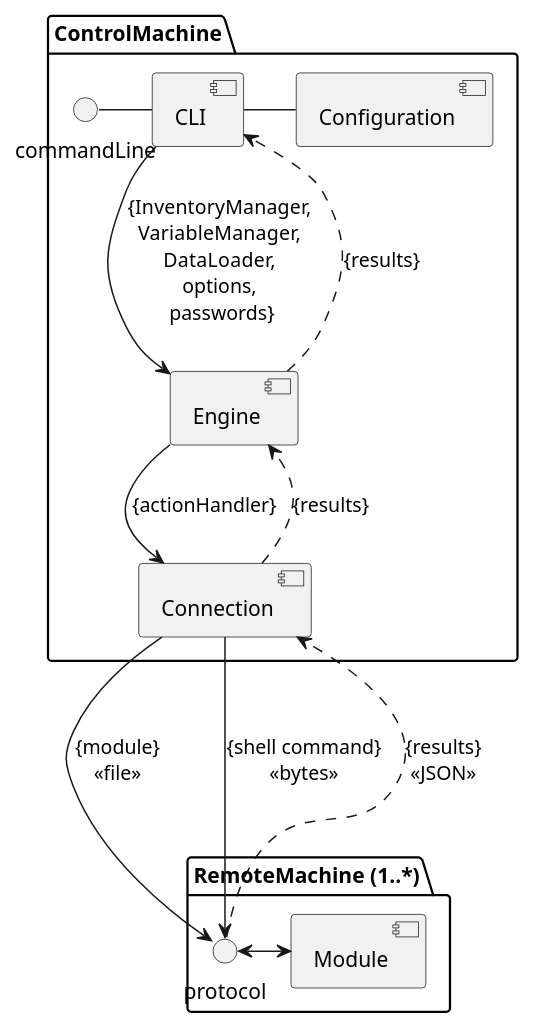
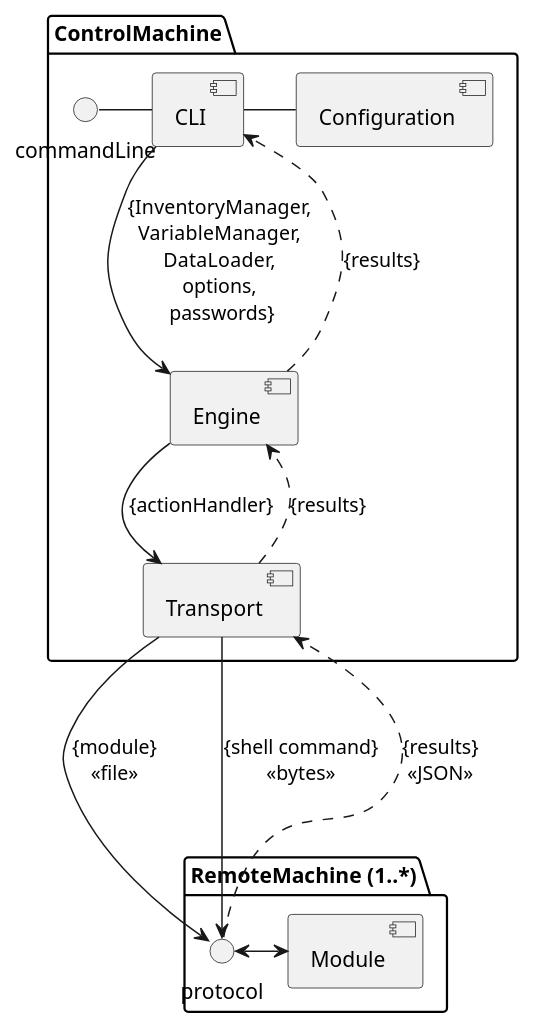
Before and after one commit to ezequiels/nazz: the diagram in project/uml/ansible.puml, drawn with PlantUML.

Commit message:
Additional diagrams

```diff
--- a/project/uml/ansible.puml
+++ b/project/uml/ansible.puml
@@ -1,23 +1,23 @@
 @startuml
 
 package "ControlMachine" {
 
     commandLine - [CLI]
     [CLI] --> [Engine] : {InventoryManager, \nVariableManager, \nDataLoader, \noptions, \npasswords}
     [Engine] ..> CLI : {results}
 
-    [Connection] .> [Engine] : {results}
-    [Engine] --> [Connection] : {actionHandler}
+    [Transport] .> [Engine] : {results}
+    [Engine] --> [Transport] : {actionHandler}
 
     [CLI] - [Configuration]
 }
 
 package "RemoteMachine (1..*)" {
     protocol <-> [Module]
 
-    [Connection] ---> protocol : {module}\n<<file>>
-    [Connection] ---> protocol : {shell command}\n<<bytes>>
-    protocol ...> [Connection] : {results}\n<<JSON>>
+    [Transport] ---> protocol : {module}\n<<file>>
+    [Transport] ---> protocol : {shell command}\n<<bytes>>
+    protocol ...> [Transport] : {results}\n<<JSON>>
 }
 
 @enduml
```
